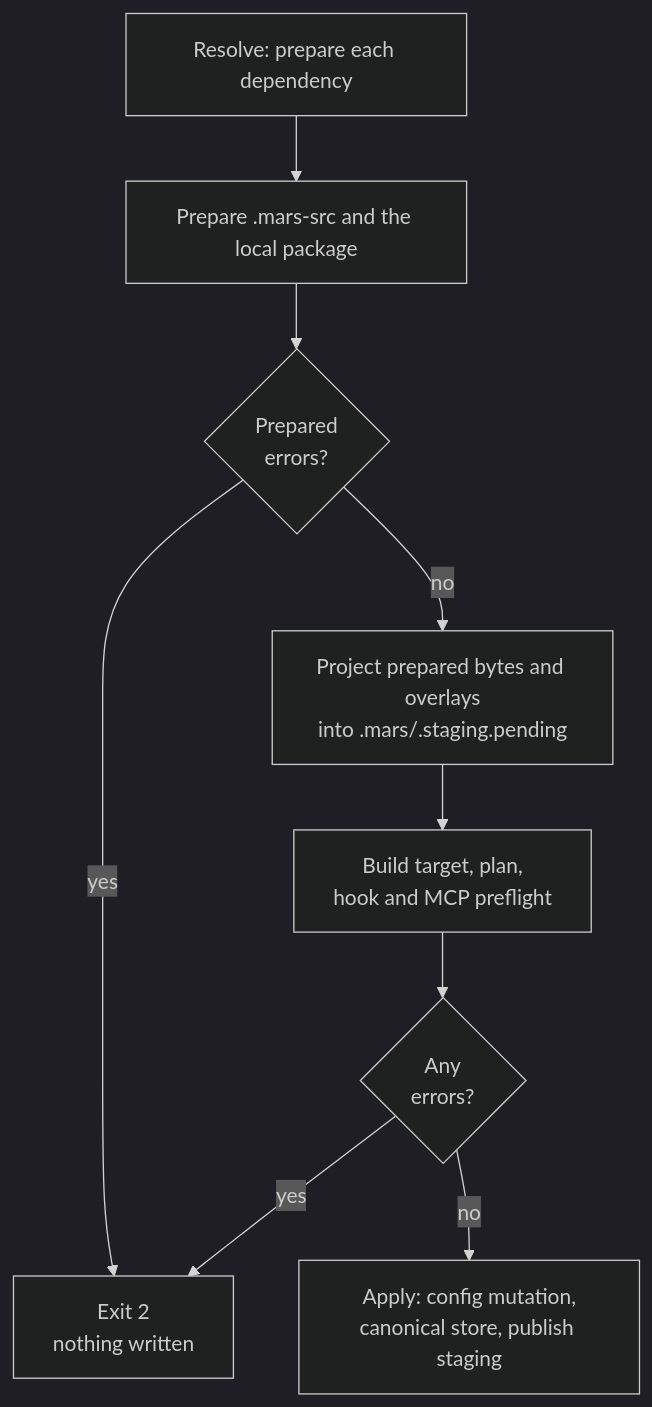
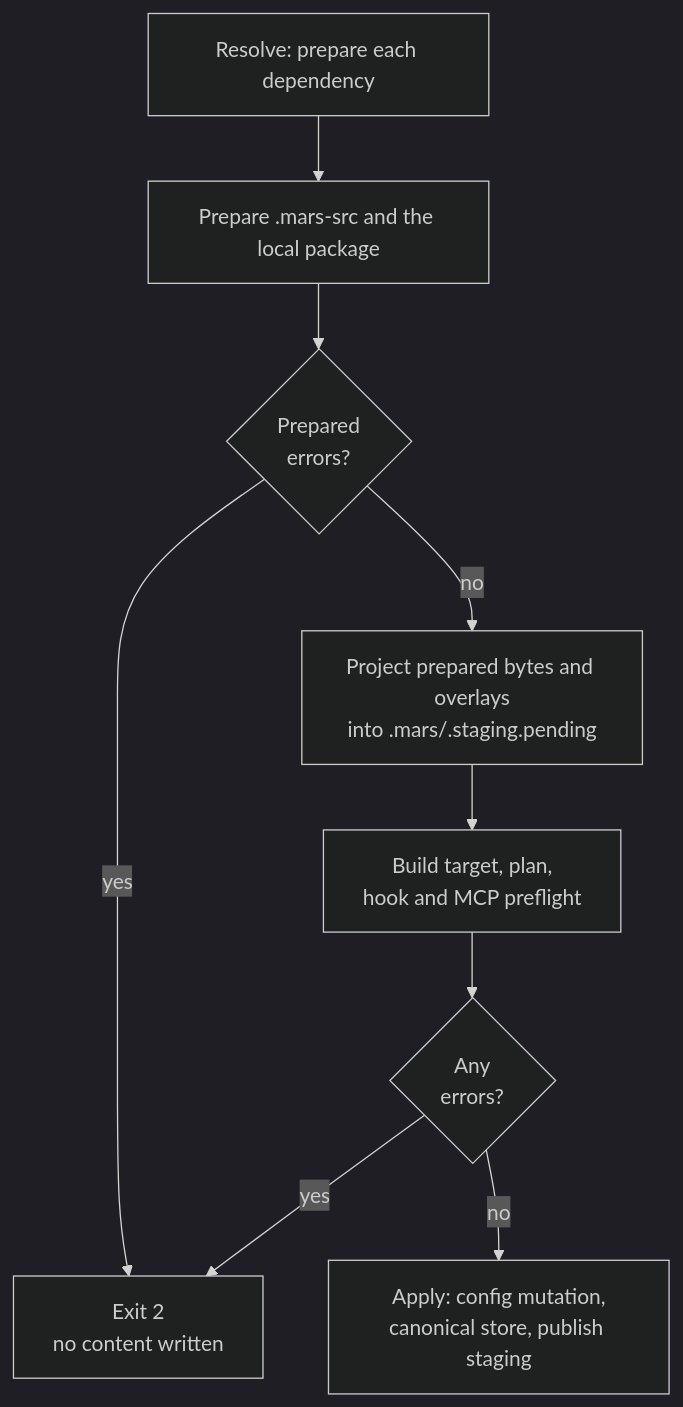
The diagram in docs/internals/sync-pipeline.md (haowjy/mars-agents), drawn with Mermaid (dark theme) before and after one commit. The commit also changed other lines of this file and 7 other files, not shown here.

````diff
--- a/docs/internals/sync-pipeline.md
+++ b/docs/internals/sync-pipeline.md
@@ -144,11 +144,11 @@
 ```mermaid
 flowchart TD
     R["Resolve: prepare each dependency"] --> L["Prepare .mars-src and the local package"]
     L --> G1{"Prepared<br/>errors?"}
-    G1 -- yes --> F["Exit 2<br/>nothing written"]
+    G1 -- yes --> F["Exit 2<br/>no content written"]
     G1 -- no --> M["Project prepared bytes and overlays<br/>into .mars/.staging.pending"]
     M --> B["Build target, plan,<br/>hook and MCP preflight"]
     B --> G2{"Any<br/>errors?"}
     G2 -- yes --> F
     G2 -- no --> A["Apply: config mutation,<br/>canonical store, publish staging"]
 ```
````
